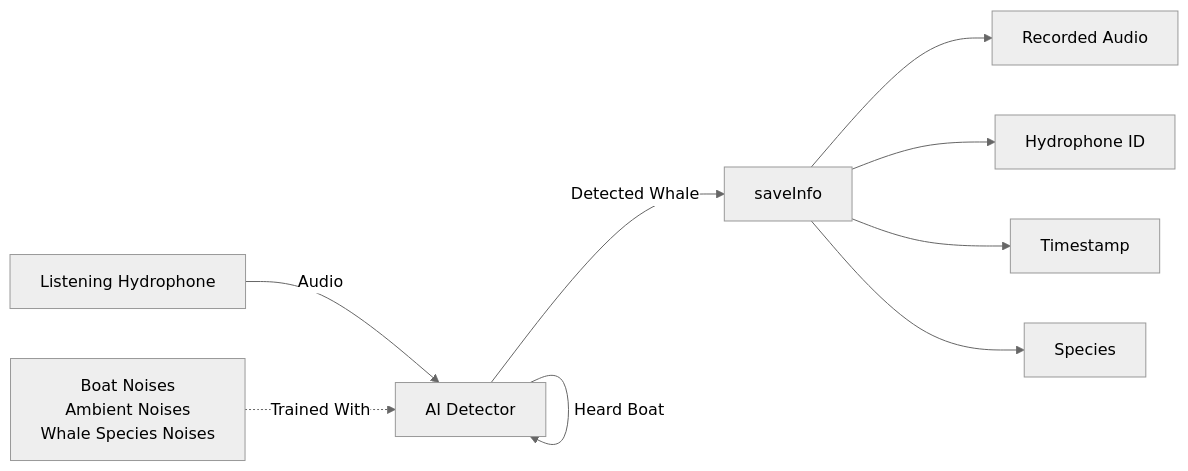
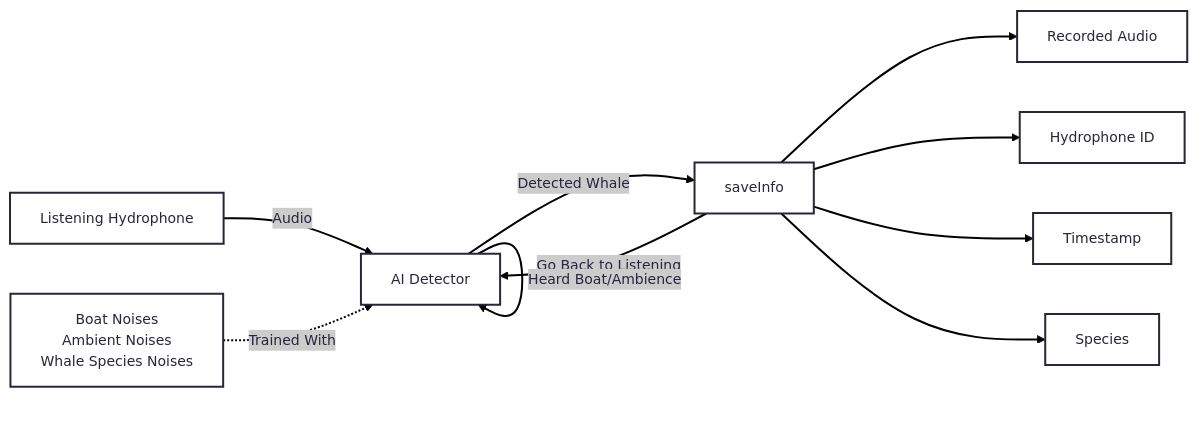
One commit to M-Kwatcher/CPSC490-G05-Fighting-Mongooses changed the second of 2 diagrams in docs/design/ai-detector-design.md. Above: the diagram before and after it, drawn with Mermaid. The commit also changed other lines of this file, not shown here.

Commit message:
Fixed section #4
Fixed the diagram to create a loop between the detector and saveInfo, as the detector doesn't stop when hearing a whale

Added a description talking about how the detector works

````diff
--- a/docs/design/ai-detector-design.md
+++ b/docs/design/ai-detector-design.md
@@ -47,20 +47,21 @@
 ```mermaid
 ---
 config:
-  theme: neutral
+  theme: redux
 ---
 flowchart LR
     hydrophone["Listening Hydrophone"] -- Audio --> aiDetector["AI Detector"]
     boatNoises["Boat Noises<br>Ambient Noises<br>Whale Species Noises"] -. Trained With .-> aiDetector
     aiDetector -- Detected Whale --> saveInfo["saveInfo"]
+    saveInfo -- Go Back to Listening --> aiDetector
     saveInfo --> recordedAudio["Recorded Audio"] & hydrophoneID["Hydrophone ID"] & timestamp["Timestamp"] & species["Species"]
-    aiDetector -- Heard Boat --> aiDetector
+    aiDetector -- Heard Boat/Ambience --> aiDetector
 
      hydrophone
      aiDetector
      boatNoises
      recordedAudio
      hydrophoneID
      timestamp
      species
 ```
````
